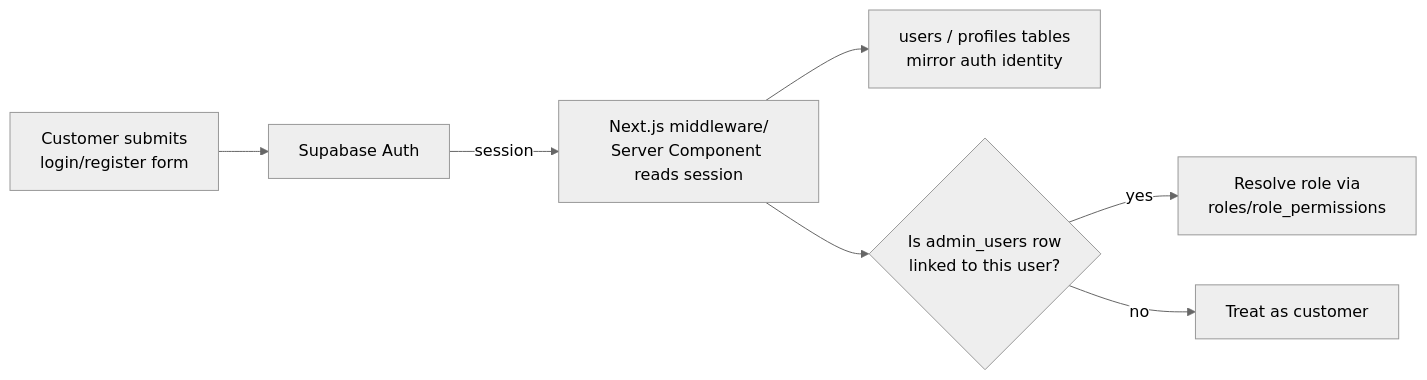
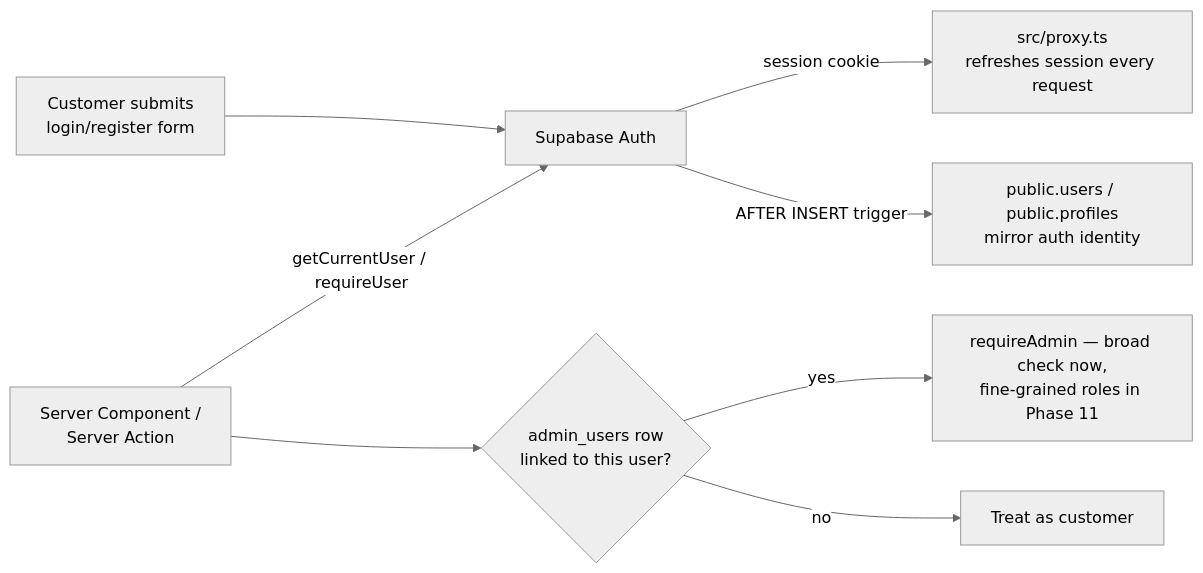
Before and after one commit to KickoAjay/mmgm_enterprises: the eighth of 13 diagrams in docs/architecture.md, drawn with Mermaid (neutral theme). The commit also changed other lines of this file and 31 other files, not shown here.

First line of the commit message:
Phase 2: Supabase Auth + RLS policies, brand rename to MMGM

````diff
--- a/docs/architecture.md
+++ b/docs/architecture.md
@@ -215,9 +215,10 @@
 ```mermaid
 flowchart LR
   A[Customer submits\nlogin/register form] --> B[Supabase Auth]
-  B -->|session| C[Next.js middleware/\nServer Component reads session]
-  C --> D[users / profiles tables\nmirror auth identity]
-  C --> E{Is admin_users row\nlinked to this user?}
-  E -->|yes| F[Resolve role via\nroles/role_permissions]
-  E -->|no| G[Treat as customer]
+  B -->|session cookie| C[src/proxy.ts\nrefreshes session every request]
+  B -->|AFTER INSERT trigger| D[public.users / public.profiles\nmirror auth identity]
+  E[Server Component /\nServer Action] -->|getCurrentUser / requireUser| B
+  E --> F{admin_users row\nlinked to this user?}
+  F -->|yes| G[requireAdmin — broad check now,\nfine-grained roles in Phase 11]
+  F -->|no| H[Treat as customer]
 ```
````
